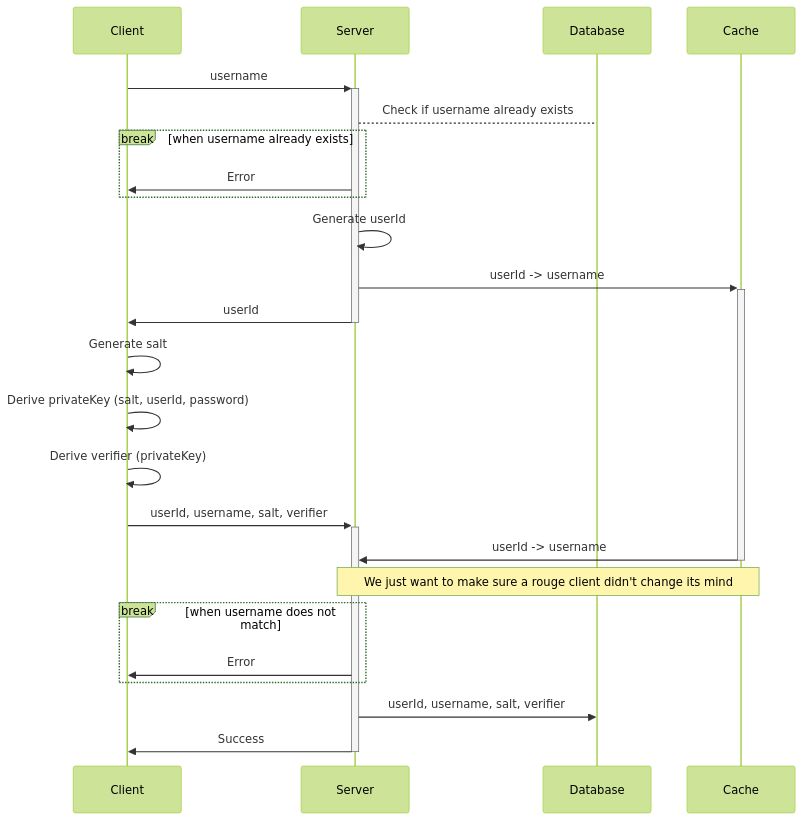
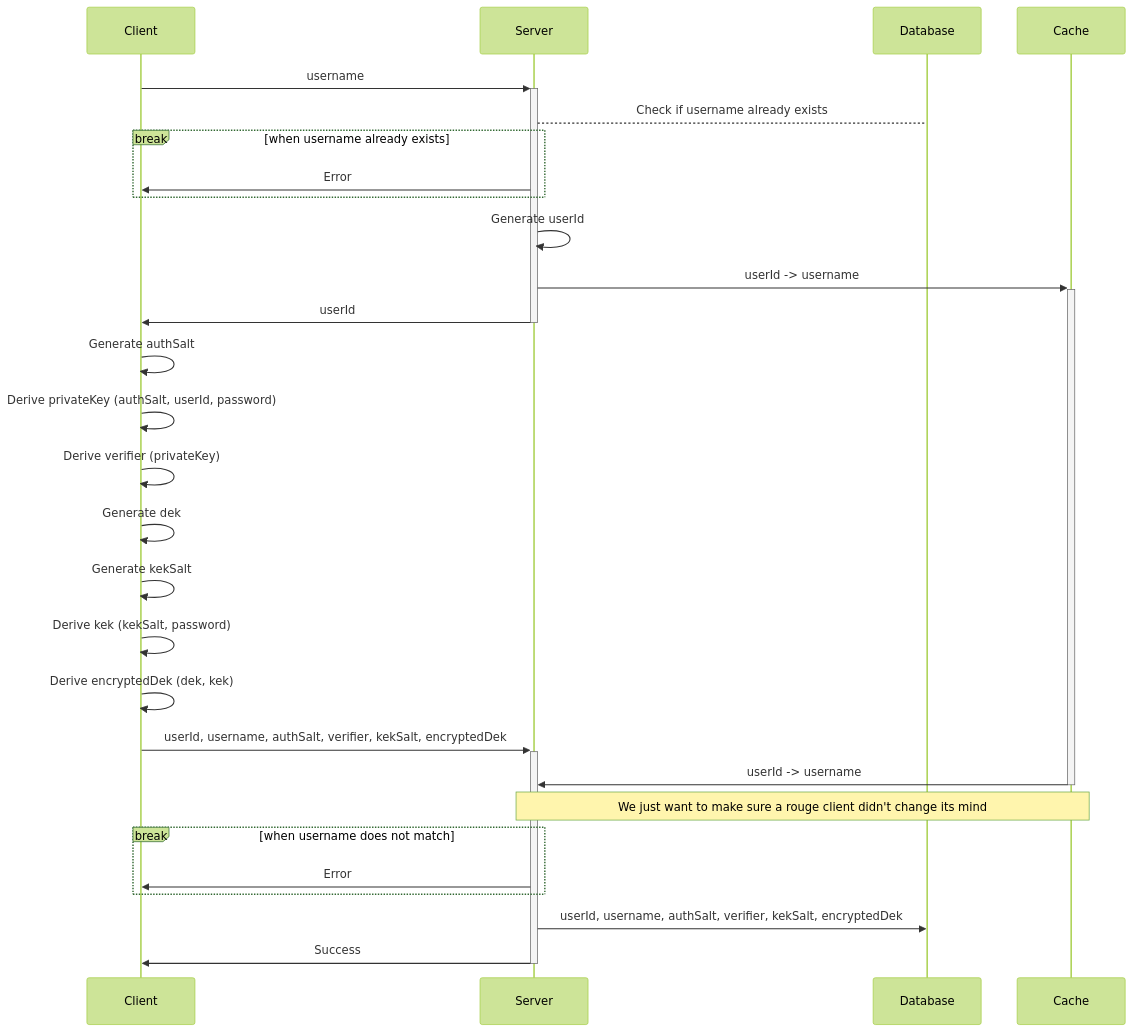
Before and after one commit to mymakerofficial/time-app-test: the first of 4 diagrams in README.md, drawn with Mermaid (forest theme). The commit also changed other lines of this file, not shown here.

````diff
--- a/README.md
+++ b/README.md
@@ -15,26 +15,30 @@
 ```mermaid
 sequenceDiagram
     participant Client
     participant Server
     participant Database
     participant Cache
     Client->>+Server: username
     Server-->Database: Check if username already exists
     break when username already exists
         Server->>Client: Error
     end
     Server->>Server: Generate userId
     Server->>+Cache: userId -> username
     Server->>-Client: userId
-    Client->>Client: Generate salt
-    Client->>Client: Derive privateKey (salt, userId, password)
+    Client->>Client: Generate authSalt
+    Client->>Client: Derive privateKey (authSalt, userId, password)
     Client->>Client: Derive verifier (privateKey)
-    Client->>+Server: userId, username, salt, verifier
+    Client->>Client: Generate dek
+    Client->>Client: Generate kekSalt
+    Client->>Client: Derive kek (kekSalt, password)
+    Client->>Client: Derive encryptedDek (dek, kek)
+    Client->>+Server: userId, username, authSalt, verifier, kekSalt, encryptedDek
     Cache->>-Server: userId -> username
     Note over Cache,Server: We just want to make sure a rouge client didn't change its mind
     break when username does not match
         Server->>Client: Error
     end
-    Server->>Database: userId, username, salt, verifier
+    Server->>Database: userId, username, authSalt, verifier, kekSalt, encryptedDek
     Server->>-Client: Success
 ```
````
